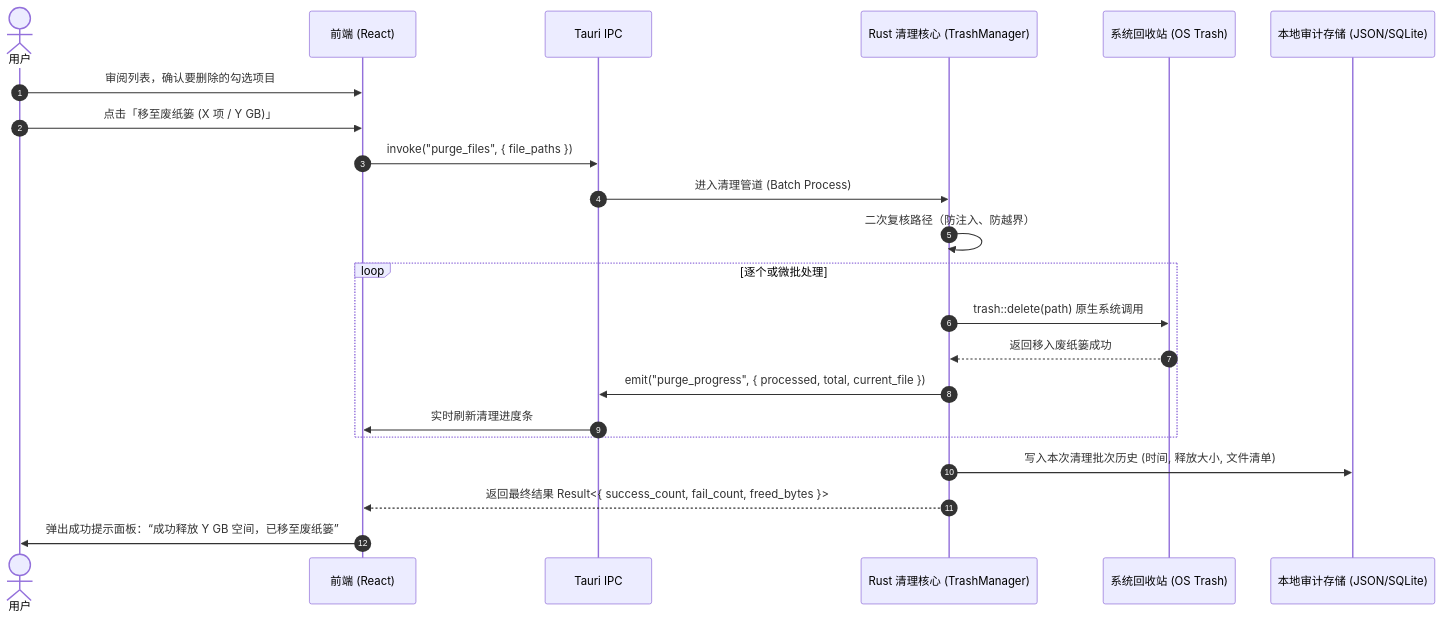
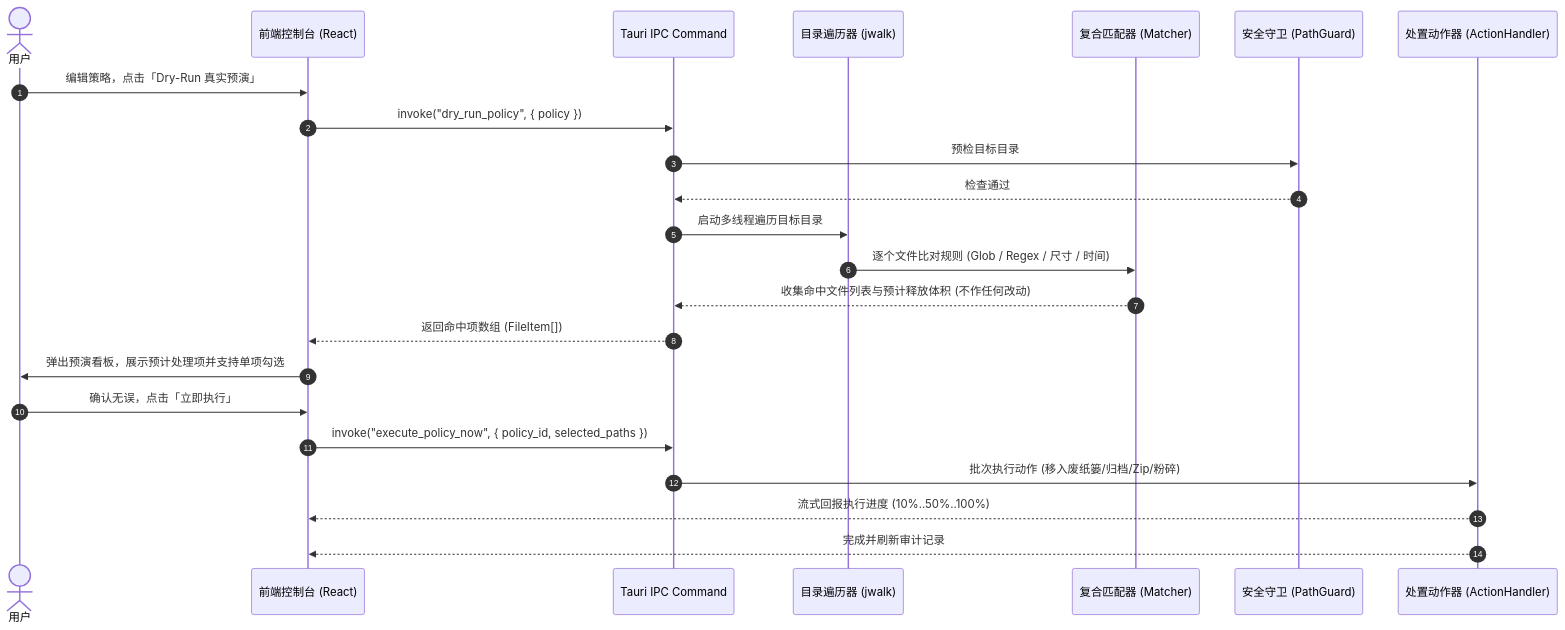
The third of 4 diagrams in DevDoc/file-purger/ARCHITECTURE.md (AubreyHan/PersonalDev), drawn with Mermaid before and after one commit. The commit also changed other lines of this file and 169 other files, not shown here.

Commit message:
auto-sync: 2026-11-03 20:43:52 - 83 files (modified: .DS_Store, modified: result.json, +81 more)

````diff
--- a/DevDoc/file-purger/ARCHITECTURE.md
+++ b/DevDoc/file-purger/ARCHITECTURE.md
@@ -173,25 +219,27 @@
 ```mermaid
 sequenceDiagram
     autonumber
     actor User as 用户
-    participant UI as 前端 (React)
-    participant IPC as Tauri IPC
-    participant Rust as Rust 清理核心 (TrashManager)
-    participant OS as 系统回收站 (OS Trash)
-    participant DB as 本地审计存储 (JSON/SQLite)
+    participant UI as 前端控制台 (React)
+    participant IPC as Tauri IPC Command
+    participant Scanner as 目录遍历器 (jwalk)
+    participant Matcher as 复合匹配器 (Matcher)
+    participant Guard as 安全守卫 (PathGuard)
+    participant Action as 处置动作器 (ActionHandler)
 
-    User->>UI: 审阅列表，确认要删除的勾选项目
-    User->>UI: 点击「移至废纸篓 (X 项 / Y GB)」
-    UI->>IPC: invoke("purge_files", { file_paths })
-    IPC->>Rust: 进入清理管道 (Batch Process)
-    Rust->>Rust: 二次复核路径（防注入、防越界）
-    loop 逐个或微批处理
-        Rust->>OS: trash::delete(path) 原生系统调用
-        OS-->>Rust: 返回移入废纸篓成功
-        Rust->>IPC: emit("purge_progress", { processed, total, current_file })
-        IPC->>UI: 实时刷新清理进度条
-    end
-    Rust->>DB: 写入本次清理批次历史 (时间, 释放大小, 文件清单)
-    Rust-->>UI: 返回最终结果 Result<{ success_count, fail_count, freed_bytes }>
-    UI->>User: 弹出成功提示面板：“成功释放 Y GB 空间，已移至废纸篓”
+    User->>UI: 编辑策略，点击「Dry-Run 真实预演」
+    UI->>IPC: invoke("dry_run_policy", { policy })
+    IPC->>Guard: 预检目标目录
+    Guard-->>IPC: 检查通过
+    IPC->>Scanner: 启动多线程遍历目标目录
+    Scanner->>Matcher: 逐个文件比对规则 (Glob / Regex / 尺寸 / 时间)
+    Matcher-->>IPC: 收集命中文件列表与预计释放体积 (不作任何改动)
+    IPC-->>UI: 返回命中项数组 (FileItem[])
+    UI->>User: 弹出预演看板，展示预计处理项并支持单项勾选
+
+    User->>UI: 确认无误，点击「立即执行」
+    UI->>IPC: invoke("execute_policy_now", { policy_id, selected_paths })
+    IPC->>Action: 批次执行动作 (移入废纸篓/归档/Zip/粉碎)
+    Action-->>UI: 流式回报执行进度 (10%..50%..100%)
+    Action-->>UI: 完成并刷新审计记录
 ```
````
